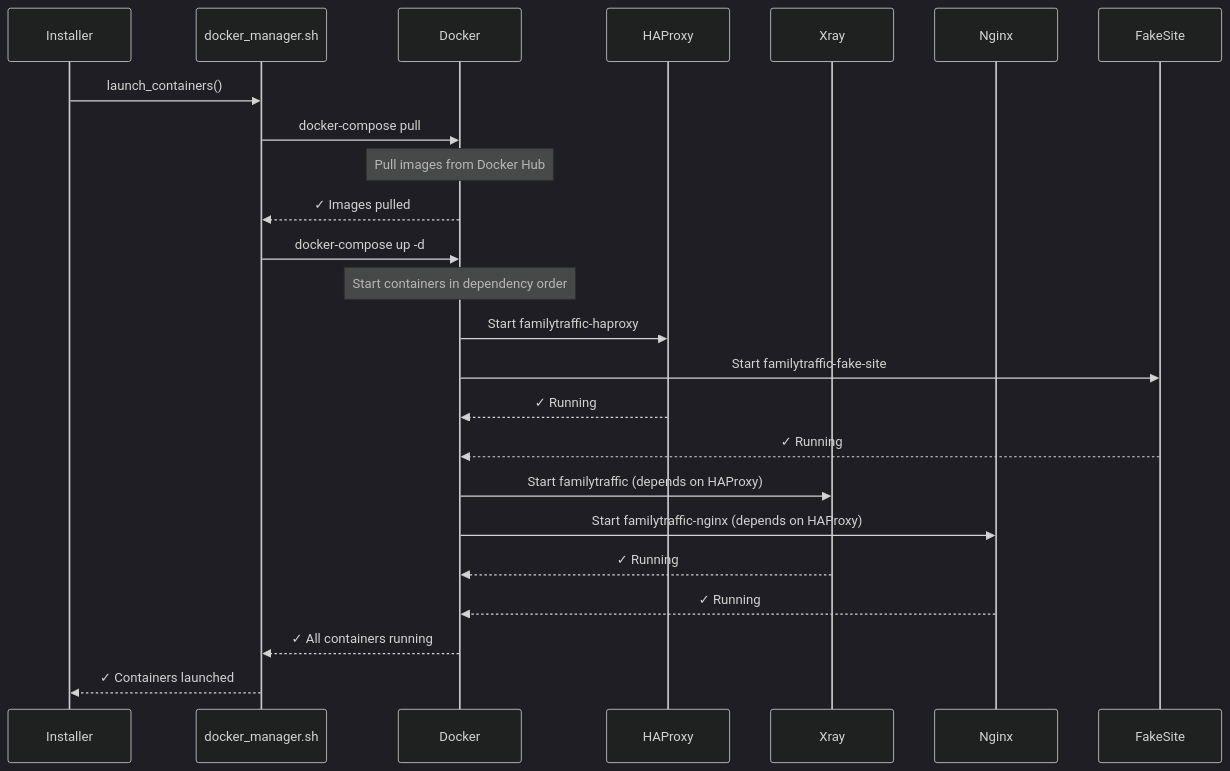
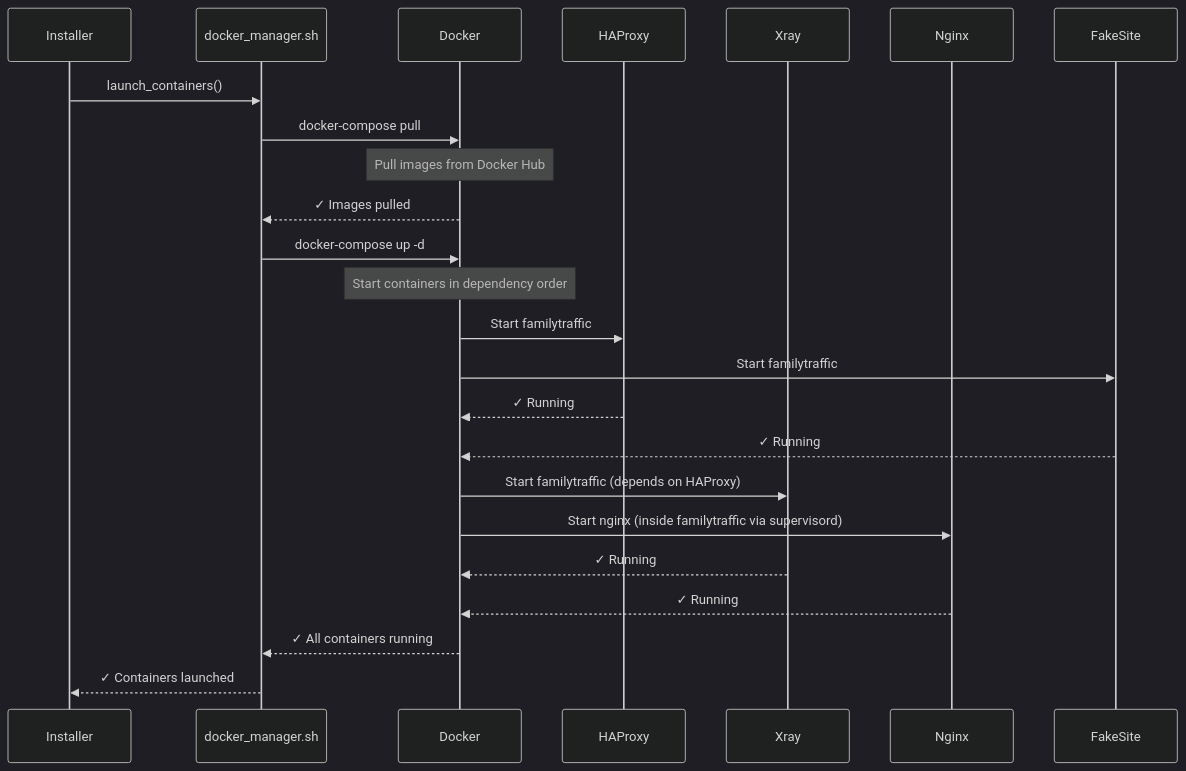
Diagram 11 of 14 in docs/architecture/diagrams/dependencies/initialization-order.md (ikeniborn/vless), drawn with Mermaid (dark theme) before and after one commit. The commit also changed other lines of this file and 24 other files, not shown here.

````diff
--- a/docs/architecture/diagrams/dependencies/initialization-order.md
+++ b/docs/architecture/diagrams/dependencies/initialization-order.md
@@ -487,36 +487,36 @@
 ```mermaid
 sequenceDiagram
     participant Installer
     participant DockerMgr as docker_manager.sh
     participant Docker
     participant HAProxy
     participant Xray
     participant Nginx
     participant FakeSite
 
     Installer->>DockerMgr: launch_containers()
 
     DockerMgr->>Docker: docker-compose pull
 
     Note over Docker: Pull images from Docker Hub
 
     Docker-->>DockerMgr: ✓ Images pulled
 
     DockerMgr->>Docker: docker-compose up -d
 
     Note over Docker: Start containers in dependency order
 
-    Docker->>HAProxy: Start familytraffic-haproxy
-    Docker->>FakeSite: Start familytraffic-fake-site
+    Docker->>HAProxy: Start familytraffic
+    Docker->>FakeSite: Start familytraffic
     HAProxy-->>Docker: ✓ Running
     FakeSite-->>Docker: ✓ Running
 
     Docker->>Xray: Start familytraffic (depends on HAProxy)
-    Docker->>Nginx: Start familytraffic-nginx (depends on HAProxy)
+    Docker->>Nginx: Start nginx (inside familytraffic via supervisord)
     Xray-->>Docker: ✓ Running
     Nginx-->>Docker: ✓ Running
 
     Docker-->>DockerMgr: ✓ All containers running
 
     DockerMgr-->>Installer: ✓ Containers launched
 ```
````
